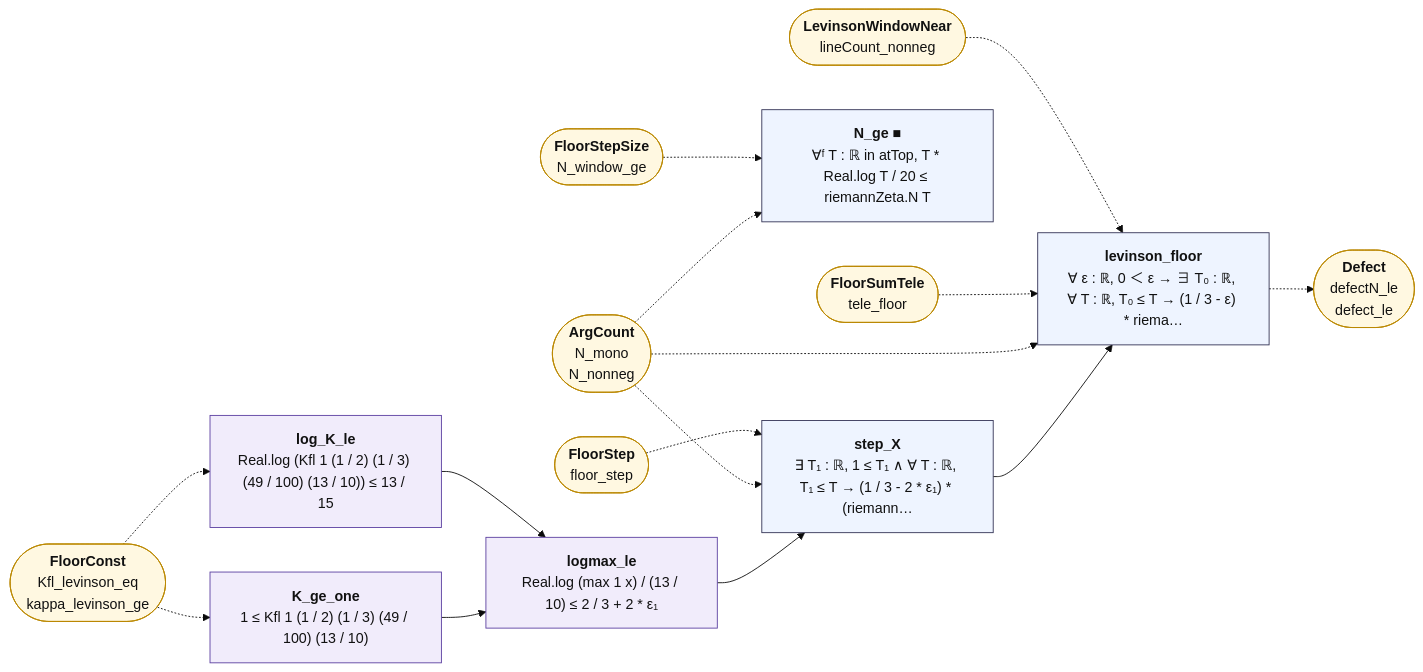
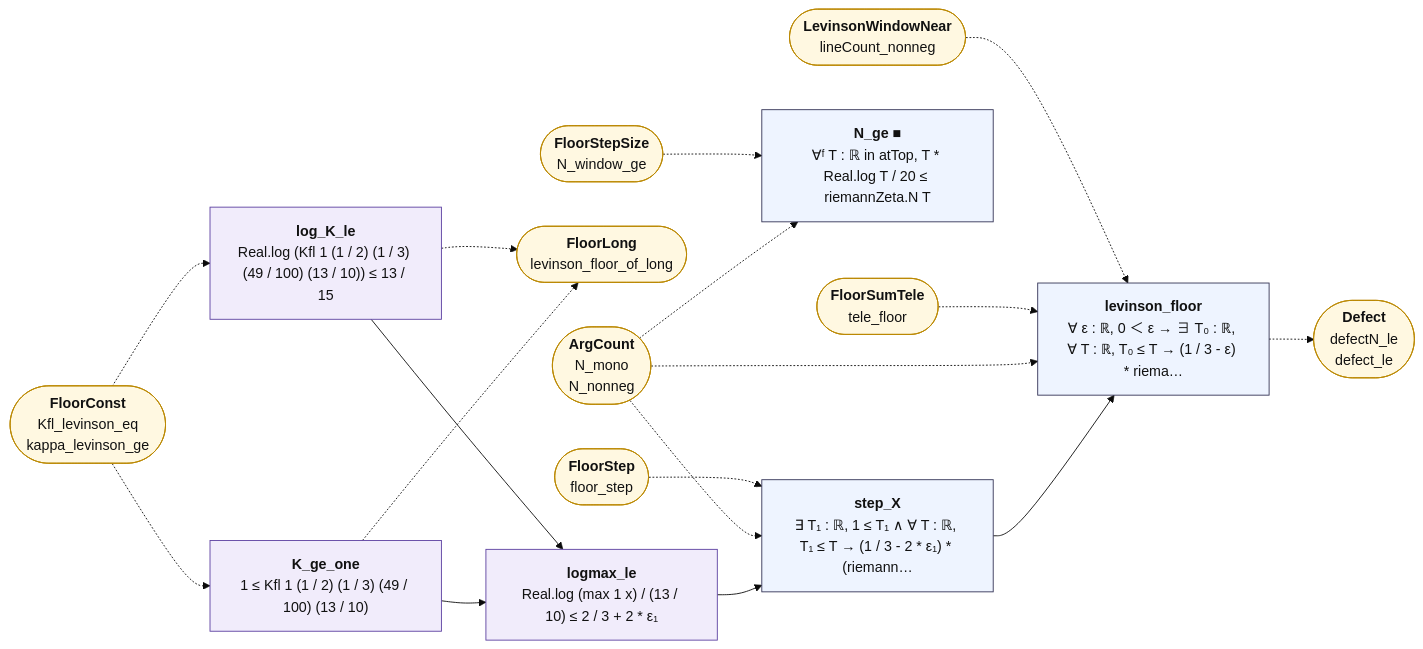
The diagram in map/lean_stage3/FloorSum.md (juliansambranojr/Primebeat_081426), drawn with Mermaid (base theme) before and after one commit. The commit also changed other lines of this file and 64 other files, not shown here.

````diff
--- a/map/lean_stage3/FloorSum.md
+++ b/map/lean_stage3/FloorSum.md
@@ -14,38 +14,41 @@
 ```mermaid
 flowchart LR
   n0["<b>K_ge_one</b><br/>1 ≤ Kfl 1 (1 / 2) (1 / 3) (49 / 100) (13 / 10)"]:::shp
   n1["<b>log_K_le</b><br/>Real.log (Kfl 1 (1 / 2) (1 / 3) (49 / 100) (13 / 10)) ≤ 13 / 15"]:::shp
   n2["<b>logmax_le</b><br/>Real.log (max 1 x) / (13 / 10) ≤ 2 / 3 + 2 * ε₁"]:::shp
   n3["<b>step_X</b><br/>∃ T₁ : ℝ, 1 ≤ T₁ ∧ ∀ T : ℝ, T₁ ≤ T → (1 / 3 - 2 * ε₁) * (riemann…"]:::thm
   n4["<b>N_ge ■</b><br/>∀ᶠ T : ℝ in atTop, T * Real.log T / 20 ≤ riemannZeta.N T"]:::thm
   n5["<b>levinson_floor</b><br/>∀ ε : ℝ, 0 ＜ ε → ∃ T₀ : ℝ, ∀ T : ℝ, T₀ ≤ T → (1 / 3 - ε) * riema…"]:::thm
   x0(["<b>FloorConst</b><br/>Kfl_levinson_eq<br/>kappa_levinson_ge"]):::ext
-  x1(["<b>ArgCount</b><br/>N_mono<br/>N_nonneg"]):::ext
-  x2(["<b>FloorStep</b><br/>floor_step"]):::ext
-  x3(["<b>FloorStepSize</b><br/>N_window_ge"]):::ext
-  x4(["<b>FloorSumTele</b><br/>tele_floor"]):::ext
-  x5(["<b>LevinsonWindowNear</b><br/>lineCount_nonneg"]):::ext
-  x6(["<b>Defect</b><br/>defectN_le<br/>defect_le"]):::ext
+  x1(["<b>FloorLong</b><br/>levinson_floor_of_long"]):::ext
+  x2(["<b>ArgCount</b><br/>N_mono<br/>N_nonneg"]):::ext
+  x3(["<b>FloorStep</b><br/>floor_step"]):::ext
+  x4(["<b>FloorStepSize</b><br/>N_window_ge"]):::ext
+  x5(["<b>FloorSumTele</b><br/>tele_floor"]):::ext
+  x6(["<b>LevinsonWindowNear</b><br/>lineCount_nonneg"]):::ext
+  x7(["<b>Defect</b><br/>defectN_le<br/>defect_le"]):::ext
   n0 --> n2
   n1 --> n2
   n2 --> n3
   n3 --> n5
-  n5 -.-> x6
+  n0 -.-> x1
+  n1 -.-> x1
+  n5 -.-> x7
   x0 -.-> n0
   x0 -.-> n1
-  x1 -.-> n3
-  x1 -.-> n4
-  x1 -.-> n5
   x2 -.-> n3
-  x3 -.-> n4
-  x4 -.-> n5
+  x2 -.-> n4
+  x2 -.-> n5
+  x3 -.-> n3
+  x4 -.-> n4
   x5 -.-> n5
+  x6 -.-> n5
   classDef cnt fill:#dff5ec,stroke:#17694a,color:#111
   classDef shp fill:#f1ecfb,stroke:#5b3fa0,color:#111
   classDef rh fill:#ffe5e5,stroke:#c22,color:#111,stroke-width:2px
   classDef thm fill:#eef4ff,stroke:#335,color:#111
   classDef end_ fill:#e7f7e7,stroke:#2a7,color:#111,stroke-width:2px
   classDef lone fill:#fff,stroke:#999,color:#111,stroke-dasharray:4 3
   classDef bad fill:#ffe5e5,stroke:#c22,color:#111,stroke-width:2px
   classDef ext fill:#fff8e1,stroke:#b80,color:#111
 ```
````
